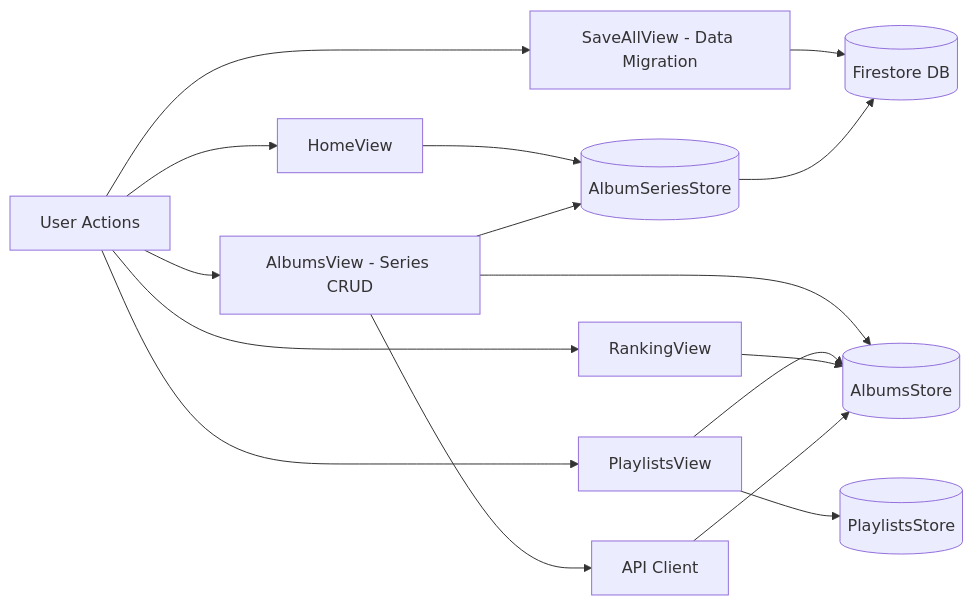
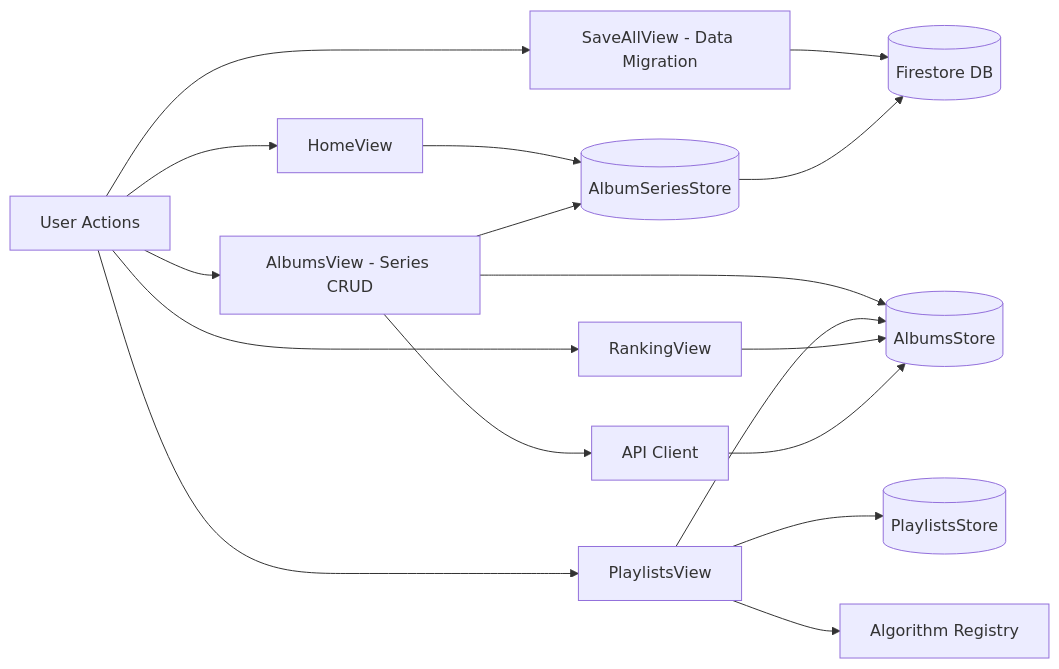
The first of 6 diagrams in docs/technical/data_flow_architecture.md (maujrp99/MJRP_AlbumsBalancedPlaylists_v0), drawn with Mermaid before and after one commit. The commit also changed other lines of this file and 4 other files, not shown here.

````diff
--- a/docs/technical/data_flow_architecture.md
+++ b/docs/technical/data_flow_architecture.md
@@ -14,35 +16,37 @@
 ```mermaid
 graph LR
     User[User Actions]
     HomeView[HomeView]
     AlbumsView[AlbumsView - Series CRUD]
     PlaylistsView[PlaylistsView]
     RankingView[RankingView]
     SaveAllView[SaveAllView - Data Migration]
     
     AlbumSeriesStore[(AlbumSeriesStore)]
     AlbumsStore[(AlbumsStore)]
     PlaylistsStore[(PlaylistsStore)]
+    AlgorithmRegistry[Algorithm Registry]
     
     API[API Client]
     Firestore[(Firestore DB)]
     
     User --> HomeView
     User --> AlbumsView
     User --> PlaylistsView
     User --> RankingView
     User --> SaveAllView
     
     HomeView --> AlbumSeriesStore
     AlbumsView --> AlbumSeriesStore
     AlbumsView --> AlbumsStore
     AlbumsView --> API
     
     PlaylistsView --> AlbumsStore
     PlaylistsView --> PlaylistsStore
+    PlaylistsView --> AlgorithmRegistry
     RankingView --> AlbumsStore
     SaveAllView --> Firestore
     
     API --> AlbumsStore
     AlbumSeriesStore --> Firestore
 ```
````
